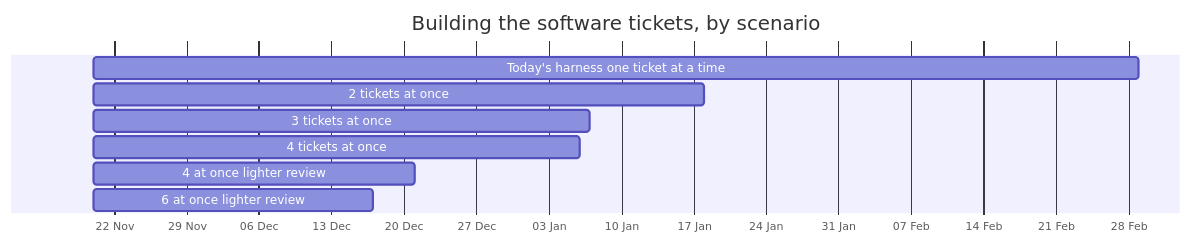
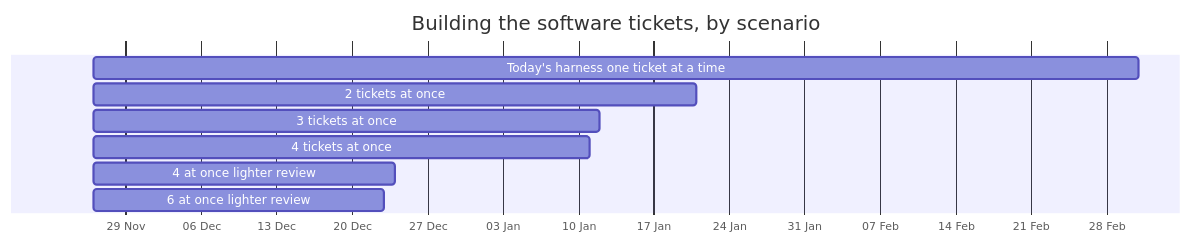
One commit to gpbcom/swarm changed the first of 3 diagrams in docs/specs/roadmap/14-parallel-plan.md. Above: the diagram before and after it, drawn with Mermaid. The commit also changed other lines of this file and 12 other files, not shown here.

First line of the commit message:
Refactor phase 7: the roadmap and the ticket graph name the new layout

````diff
--- a/docs/specs/roadmap/14-parallel-plan.md
+++ b/docs/specs/roadmap/14-parallel-plan.md
@@ -47,12 +47,12 @@
 ```mermaid
 gantt
     title Building the software tickets, by scenario
     dateFormat YYYY-MM-DD
     axisFormat %d %b
-    Today's harness one ticket at a time :serial, 2026-11-20, 2027-03-01
-    2 tickets at once :k2, 2026-11-20, 2027-01-18
-    3 tickets at once :k3, 2026-11-20, 2027-01-07
-    4 tickets at once :k4, 2026-11-20, 2027-01-06
-    4 at once lighter review :k4_light, 2026-11-20, 2026-12-21
-    6 at once lighter review :k6_light, 2026-11-20, 2026-12-17
+    Today's harness one ticket at a time :serial, 2026-11-26, 2027-03-03
+    2 tickets at once :k2, 2026-11-26, 2027-01-21
+    3 tickets at once :k3, 2026-11-26, 2027-01-12
+    4 tickets at once :k4, 2026-11-26, 2027-01-11
+    4 at once lighter review :k4_light, 2026-11-26, 2026-12-24
+    6 at once lighter review :k6_light, 2026-11-26, 2026-12-23
 ```
````
